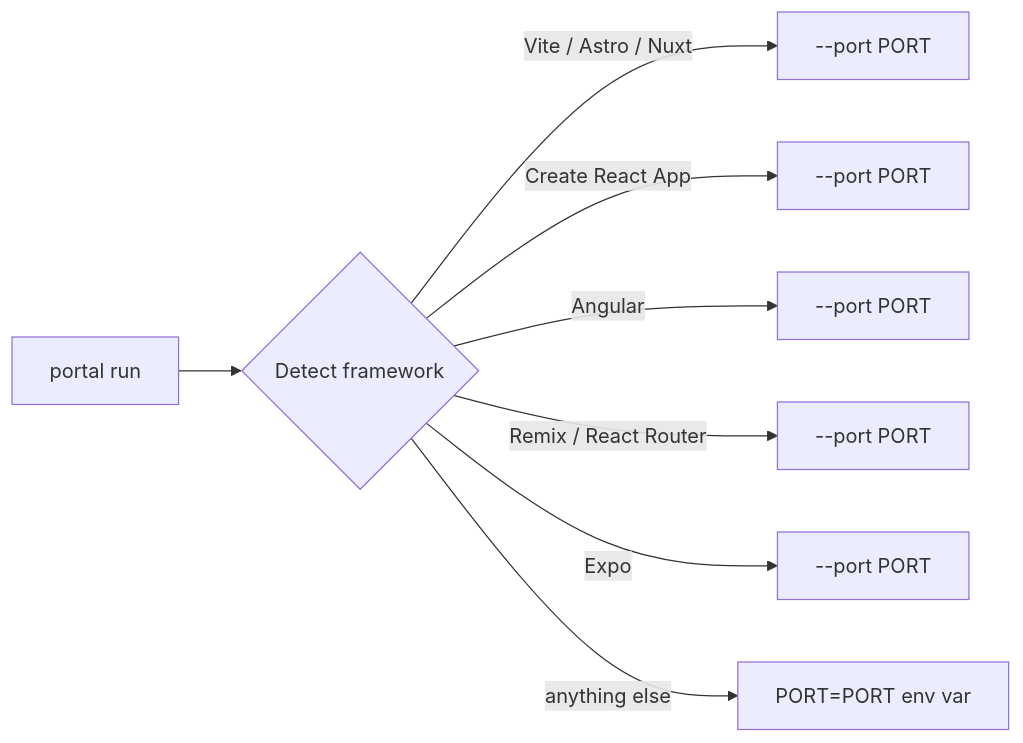
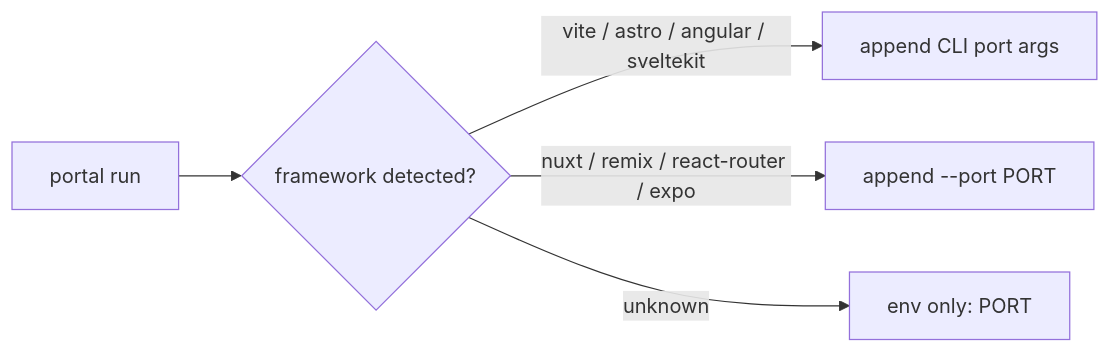
One commit to been-there-done-that/portal changed the sixth of 8 diagrams in README.md. Above: the diagram before and after it, drawn with Mermaid. The commit also changed other lines of this file and 4 other files, not shown here.

````diff
--- a/README.md
+++ b/README.md
@@ -186,10 +203,7 @@
 ```mermaid
 flowchart LR
-    A[portal run] --> B{Detect framework}
-    B -->|Vite / Astro / Nuxt| C["--port PORT"]
-    B -->|Create React App| D["--port PORT"]  
-    B -->|Angular| E["--port PORT"]
-    B -->|Remix / React Router| F["--port PORT"]
-    B -->|Expo| G["--port PORT"]
-    B -->|anything else| H["PORT=PORT env var"]
+    A["portal run"] --> B{"framework detected?"}
+    B -->|vite / astro / angular / sveltekit| C["append CLI port args"]
+    B -->|nuxt / remix / react-router / expo| D["append --port PORT"]
+    B -->|unknown| E["env only: PORT"]
 ```
````
